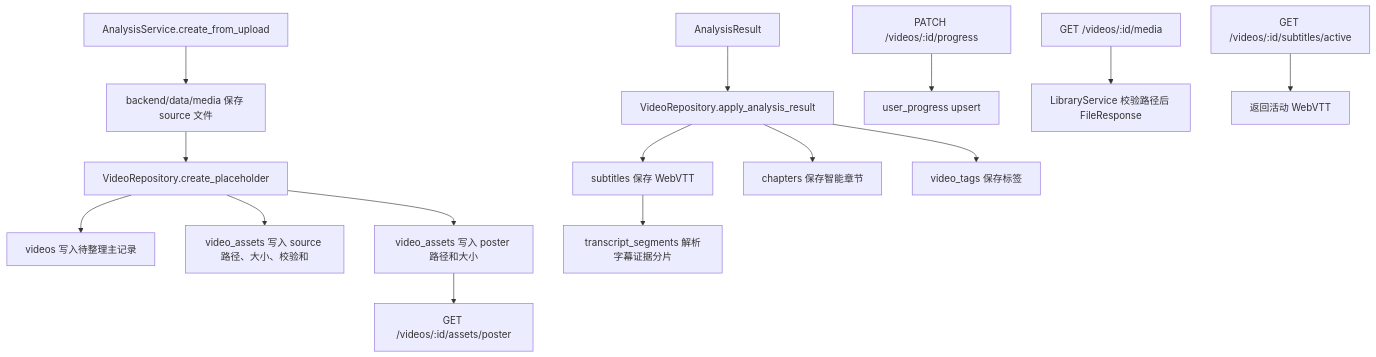
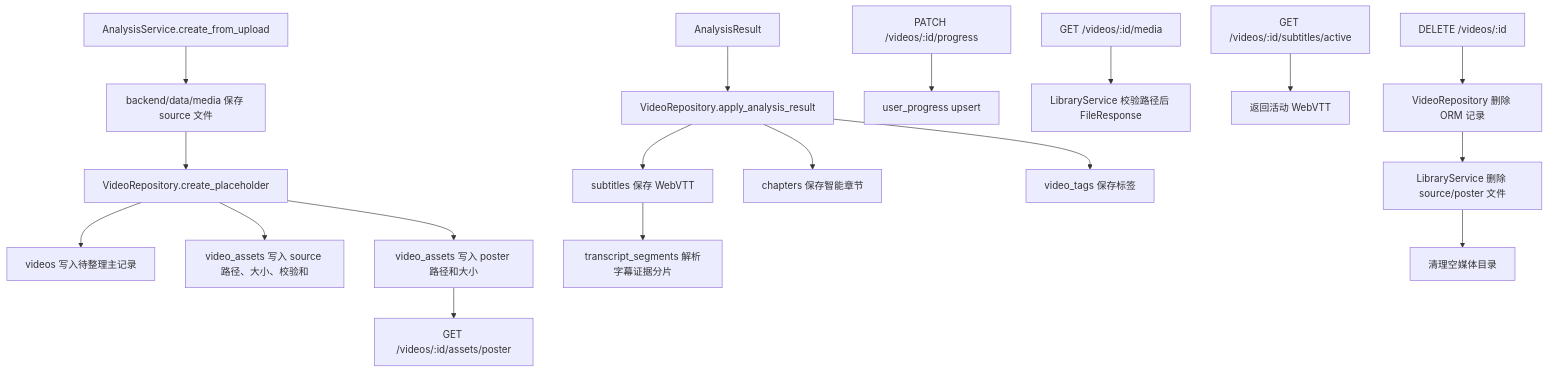
Before and after one commit to qwe605/xunlei_ai_video: diagram 12 of 21 in docs/项目说明文档.md, drawn with Mermaid. The commit also changed other lines of this file and 12 other files, not shown here.

````diff
--- a/docs/项目说明文档.md
+++ b/docs/项目说明文档.md
@@ -613,17 +614,20 @@
 ```mermaid
 flowchart TD
     A["AnalysisService.create_from_upload"] --> B["backend/data/media 保存 source 文件"]
     B --> C["VideoRepository.create_placeholder"]
     C --> D["videos 写入待整理主记录"]
     C --> E["video_assets 写入 source 路径、大小、校验和"]
     C --> R["video_assets 写入 poster 路径和大小"]
     F["AnalysisResult"] --> G["VideoRepository.apply_analysis_result"]
     G --> H["subtitles 保存 WebVTT"]
     G --> I["chapters 保存智能章节"]
     G --> J["video_tags 保存标签"]
     H --> K["transcript_segments 解析字幕证据分片"]
     L["PATCH /videos/:id/progress"] --> M["user_progress upsert"]
     N["GET /videos/:id/media"] --> O["LibraryService 校验路径后 FileResponse"]
     R --> S["GET /videos/:id/assets/poster"]
     P["GET /videos/:id/subtitles/active"] --> Q["返回活动 WebVTT"]
+    T["DELETE /videos/:id"] --> U["VideoRepository 删除 ORM 记录"]
+    U --> V["LibraryService 删除 source/poster 文件"]
+    V --> W["清理空媒体目录"]
 ```
````
